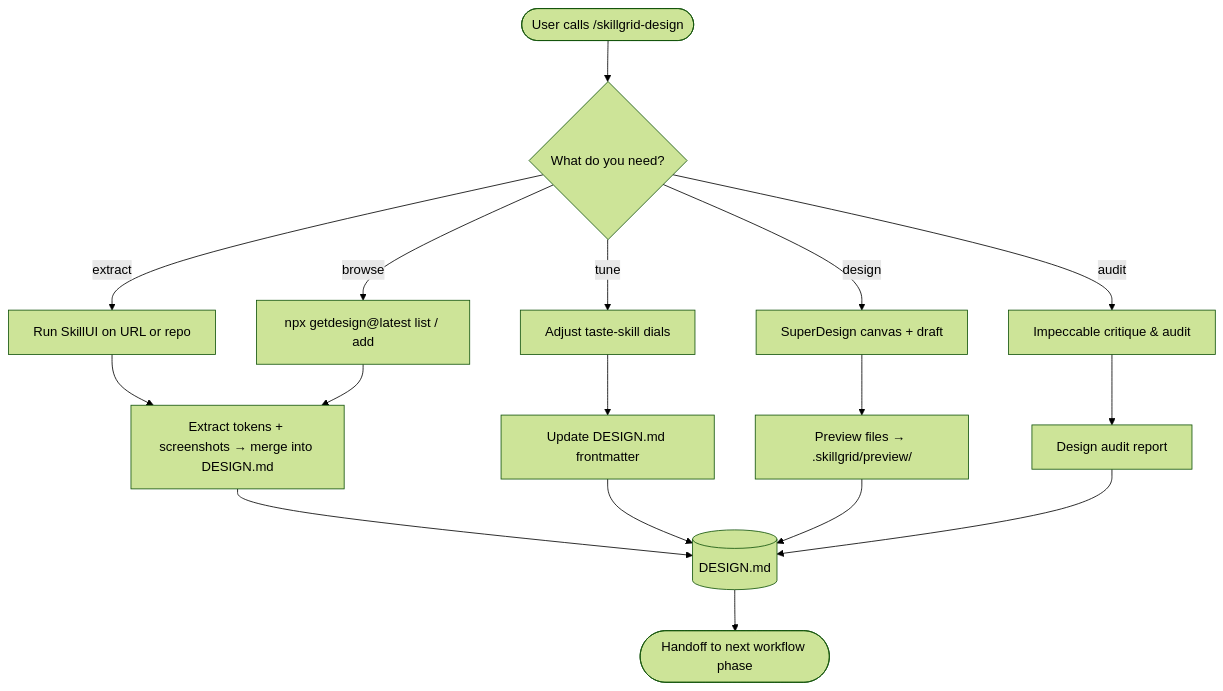
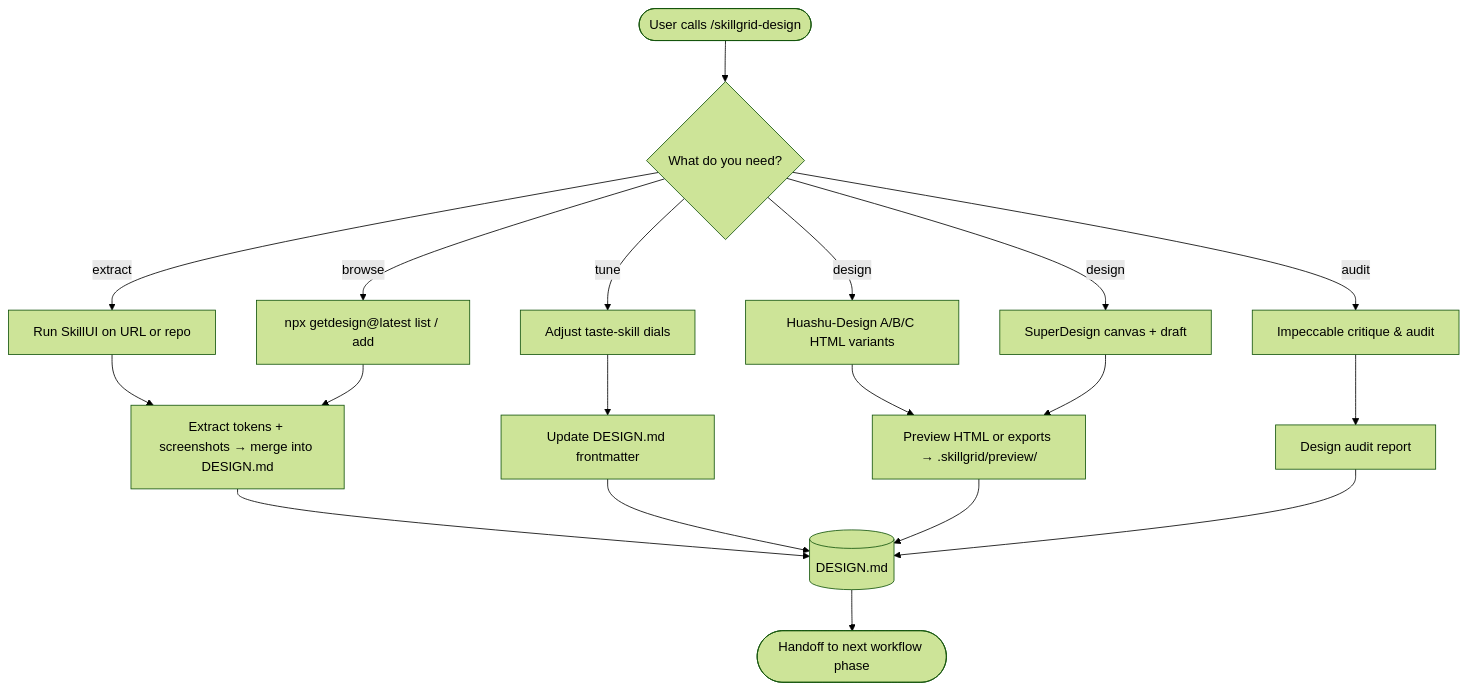
Before and after one commit to devopstales/aiskillgrid: the diagram in docs/design.md, drawn with Mermaid (forest theme). The commit also changed other lines of this file and 266 other files, not shown here.

````diff
--- a/docs/design.md
+++ b/docs/design.md
@@ -101,26 +102,28 @@
 ```mermaid
 flowchart TD
     START([User calls /skillgrid-design])
     MODE{What do you need?}
     START --> MODE
     MODE -->|extract| SKILLUI[Run SkillUI on URL or repo]
     MODE -->|browse| GETDESIGN[npx getdesign@latest list / add]
     MODE -->|tune| TASTE[Adjust taste-skill dials]
+    MODE -->|design| HUASHU[Huashu-Design A/B/C HTML variants]
     MODE -->|design| SUPERDESIGN[SuperDesign canvas + draft]
     MODE -->|audit| IMPECCABLE[Impeccable critique & audit]
 
     SKILLUI --> MERGE[Extract tokens + screenshots → merge into DESIGN.md]
     GETDESIGN --> MERGE
     TASTE --> UPDATE[Update DESIGN.md frontmatter]
     
     MERGE --> DESIGNMD[(DESIGN.md)]
     UPDATE --> DESIGNMD
     
-    SUPERDESIGN --> PREVIEW[Preview files → .skillgrid/preview/]
+    HUASHU --> PREVIEW[Preview HTML or exports → .skillgrid/preview/]
+    SUPERDESIGN --> PREVIEW
     PREVIEW --> DESIGNMD
     
     IMPECCABLE --> REPORT[Design audit report]
     REPORT --> DESIGNMD
 
     DESIGNMD --> DONE([Handoff to next workflow phase])
 ```
````
